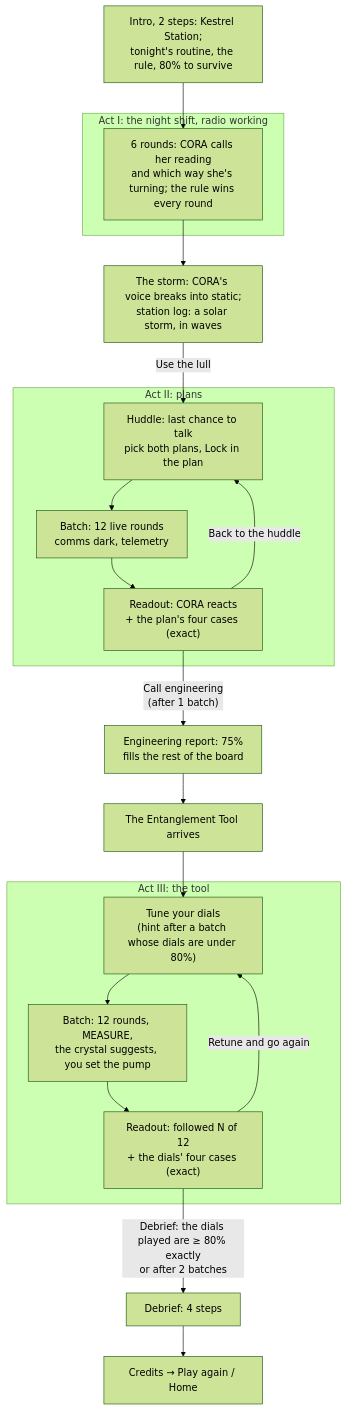
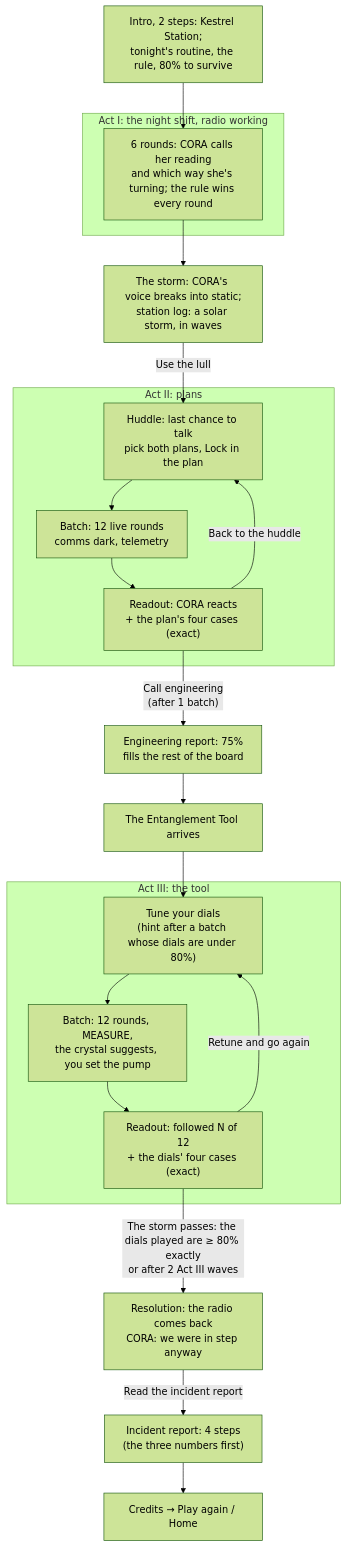
Before and after one commit to PlayableStories/quantum-crew: the diagram in README.md, drawn with Mermaid (forest theme). The commit also changed other lines of this file and 19 other files, not shown here.

First line of the commit message:
Story, Phase 2: storm waves, the supply pod, the resolution and the incident report

````diff
--- a/README.md
+++ b/README.md
@@ -58,24 +59,25 @@
 ```mermaid
 flowchart TD
   intro["Intro, 2 steps: Kestrel Station;<br/>tonight's routine, the rule, 80% to survive"] --> act1
   subgraph actI ["Act I: the night shift, radio working"]
     act1["6 rounds: CORA calls her reading<br/>and which way she's turning; the rule wins every round"]
   end
   act1 --> storm["The storm: CORA's voice breaks into static;<br/>station log: a solar storm, in waves"]
   storm -- "Use the lull" --> plan
   subgraph act2 ["Act II: plans"]
     plan["Huddle: last chance to talk<br/>pick both plans, Lock in the plan"] --> batch2["Batch: 12 live rounds<br/>comms dark, telemetry"]
     batch2 --> read2["Readout: CORA reacts<br/>+ the plan's four cases (exact)"]
     read2 -- "Back to the huddle" --> plan
   end
   read2 -- "Call engineering<br/>(after 1 batch)" --> ceiling["Engineering report: 75%<br/>fills the rest of the board"]
   ceiling --> tool["The Entanglement Tool arrives"]
   tool --> tune
   subgraph act3 ["Act III: the tool"]
     tune["Tune your dials<br/>(hint after a batch whose dials are under 80%)"] --> batch3["Batch: 12 rounds, MEASURE,<br/>the crystal suggests, you set the pump"]
     batch3 --> read3["Readout: followed N of 12<br/>+ the dials' four cases (exact)"]
     read3 -- "Retune and go again" --> tune
   end
-  read3 -- "Debrief: the dials played are ≥ 80% exactly<br/>or after 2 batches" --> debrief["Debrief: 4 steps"]
+  read3 -- "The storm passes: the dials played are ≥ 80% exactly<br/>or after 2 Act III waves" --> resolution["Resolution: the radio comes back<br/>CORA: we were in step anyway"]
+  resolution -- "Read the incident report" --> debrief["Incident report: 4 steps<br/>(the three numbers first)"]
   debrief --> credits["Credits → Play again / Home"]
 ```
````
